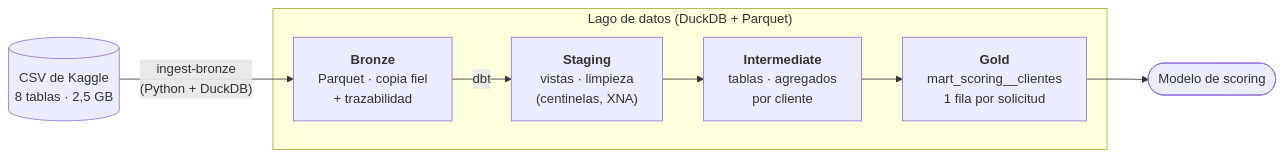
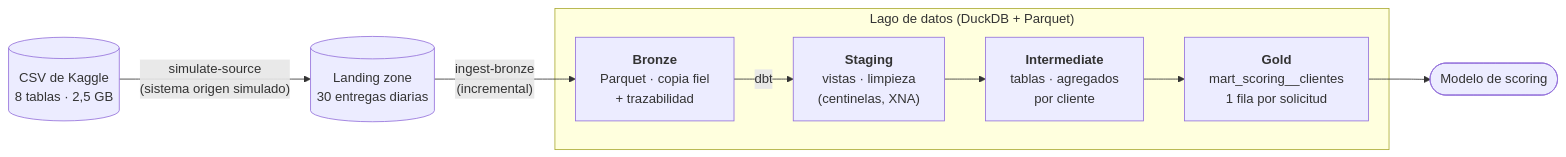
Before and after one commit to att-22/credit-risk-data-platform: the first of 3 diagrams in README.md, drawn with Mermaid. The commit also changed other lines of this file and 9 other files, not shown here.

Commit message:
feat: ingesta incremental de la landing zone a bronze particionado con tabla de control (#16)

````diff
--- a/README.md
+++ b/README.md
@@ -30,14 +30,16 @@
 ```mermaid
 flowchart LR
     csv[("CSV de Kaggle<br/>8 tablas · 2,5 GB")]
+    landing[("Landing zone<br/>30 entregas diarias")]
     subgraph lake["Lago de datos (DuckDB + Parquet)"]
         bronze["<b>Bronze</b><br/>Parquet · copia fiel<br/>+ trazabilidad"]
         stg["<b>Staging</b><br/>vistas · limpieza<br/>(centinelas, XNA)"]
         int["<b>Intermediate</b><br/>tablas · agregados<br/>por cliente"]
         gold["<b>Gold</b><br/>mart_scoring__clientes<br/>1 fila por solicitud"]
     end
     ml(["Modelo de scoring"])
 
-    csv -- "ingest-bronze<br/>(Python + DuckDB)" --> bronze
+    csv -- "simulate-source<br/>(sistema origen simulado)" --> landing
+    landing -- "ingest-bronze<br/>(incremental)" --> bronze
     bronze -- dbt --> stg --> int --> gold --> ml
 ```
````
